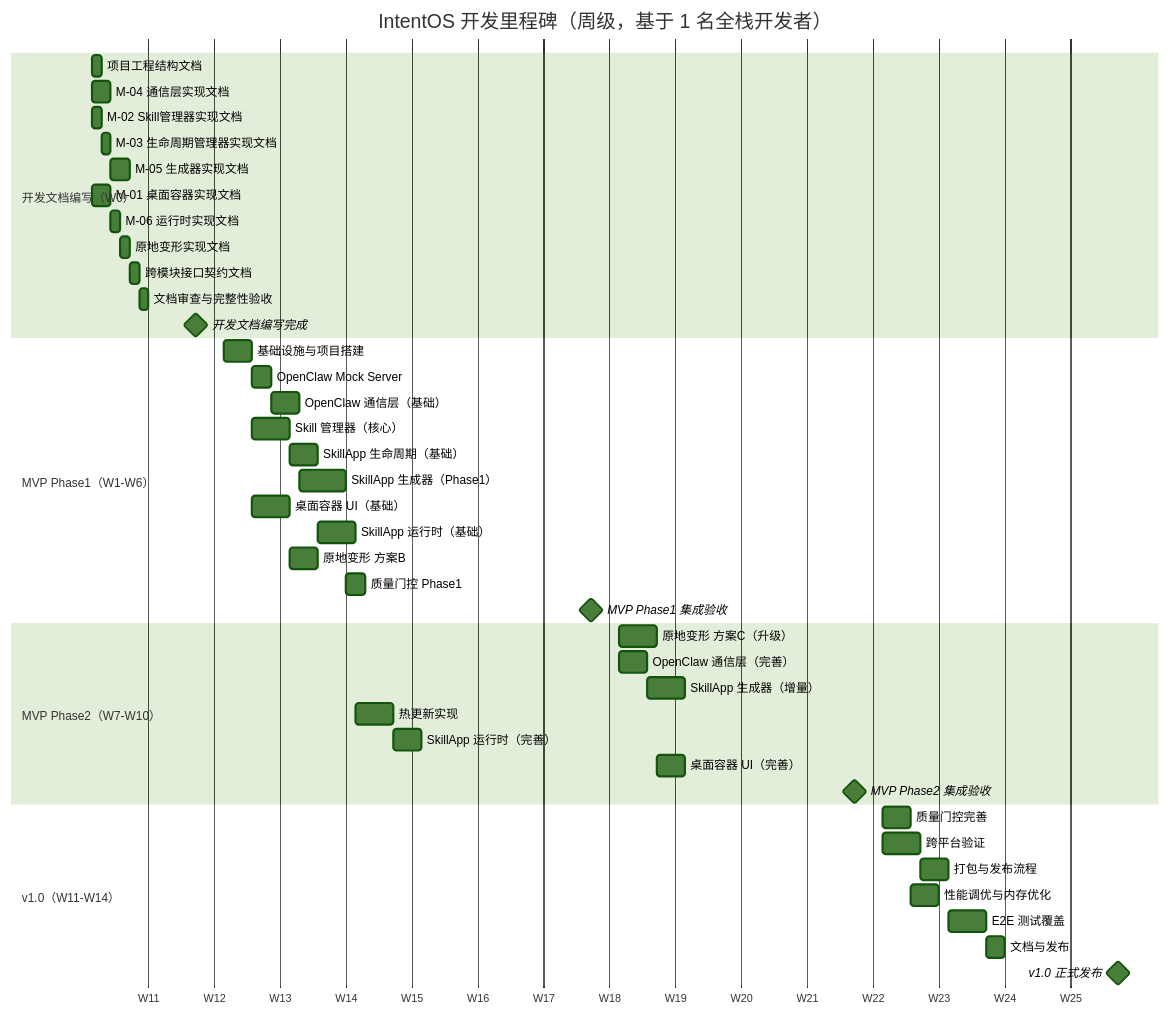
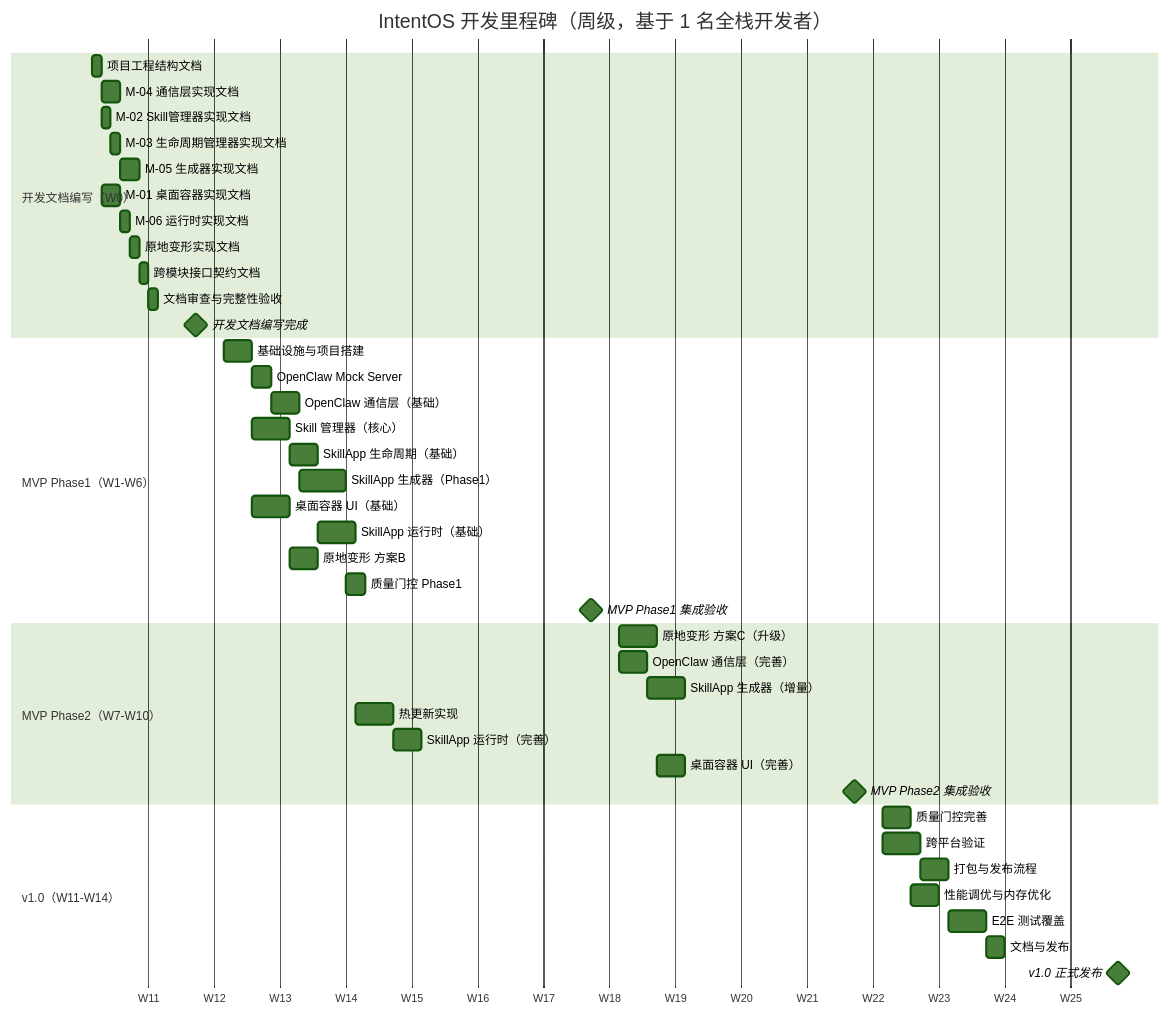
Before and after one commit to digimads-lab/intent-os: the first of 5 diagrams in docs/dev-plan.md, drawn with Mermaid (forest theme). The commit also changed other lines of this file, not shown here.

````diff
--- a/docs/dev-plan.md
+++ b/docs/dev-plan.md
@@ -26,50 +28,50 @@
 ```mermaid
 gantt
     title IntentOS 开发里程碑（周级，基于 1 名全栈开发者）
     dateFormat  YYYY-MM-DD
     axisFormat  W%W
 
     section 开发文档编写（W0）
     项目工程结构文档          :d001, 2026-03-16, 1d
-    M-04 通信层实现文档       :d002, 2026-03-16, 2d
-    M-02 Skill管理器实现文档  :d003, 2026-03-16, 1d
+    M-04 通信层实现文档       :d002, after d001, 2d
+    M-02 Skill管理器实现文档  :d003, after d001, 1d
     M-03 生命周期管理器实现文档:d004, after d003, 1d
     M-05 生成器实现文档       :d005, after d002, 2d
-    M-01 桌面容器实现文档     :d006, 2026-03-16, 2d
-    M-06 运行时实现文档       :d007, after d006, 1d
+    M-01 桌面容器实现文档     :d006, after d001, 2d
+    M-06 运行时实现文档       :d007, after d004, 1d
     原地变形实现文档          :d008, after d007, 1d
     跨模块接口契约文档        :d009, after d005, 1d
     文档审查与完整性验收      :d010, after d009, 1d
     开发文档编写完成          :milestone, m0, 2026-03-27, 0d
 
     section MVP Phase1（W1-W6）
     基础设施与项目搭建        :t001, 2026-03-30, 3d
     OpenClaw Mock Server     :t002, after t001, 2d
     OpenClaw 通信层（基础）   :t003, after t002, 3d
     Skill 管理器（核心）      :t004, after t001, 4d
     SkillApp 生命周期（基础） :t005, after t004, 3d
     SkillApp 生成器（Phase1） :t006, after t003, 5d
     桌面容器 UI（基础）       :t007, after t001, 4d
     SkillApp 运行时（基础）   :t008, after t005, 4d
     原地变形 方案B            :t009, after t007, 3d
     质量门控 Phase1           :t010, after t006, 2d
     MVP Phase1 集成验收       :milestone, m1, 2026-05-08, 0d
 
     section MVP Phase2（W7-W10）
     原地变形 方案C（升级）    :t011, 2026-05-11, 4d
     OpenClaw 通信层（完善）   :t012, 2026-05-11, 3d
     SkillApp 生成器（增量）   :t013, after t012, 4d
     热更新实现                :t014, after t008, 4d
     SkillApp 运行时（完善）   :t015, after t014, 3d
     桌面容器 UI（完善）       :t016, after t011, 3d
     MVP Phase2 集成验收       :milestone, m2, 2026-06-05, 0d
 
     section v1.0（W11-W14）
     质量门控完善              :t017, 2026-06-08, 3d
     跨平台验证                :t018, 2026-06-08, 4d
     打包与发布流程            :t019, after t018, 3d
     性能调优与内存优化        :t020, after t017, 3d
     E2E 测试覆盖              :t021, after t019, 4d
     文档与发布                :t022, after t021, 2d
     v1.0 正式发布             :milestone, m3, 2026-07-03, 0d
 ```
````
